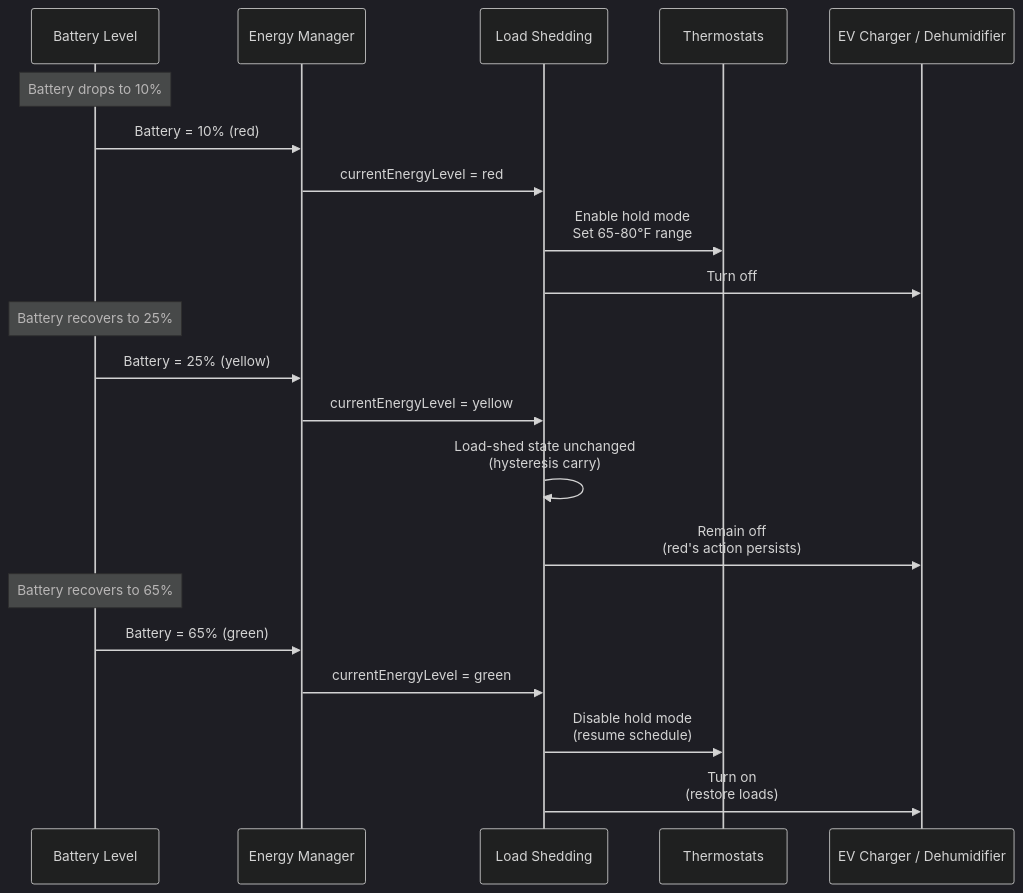
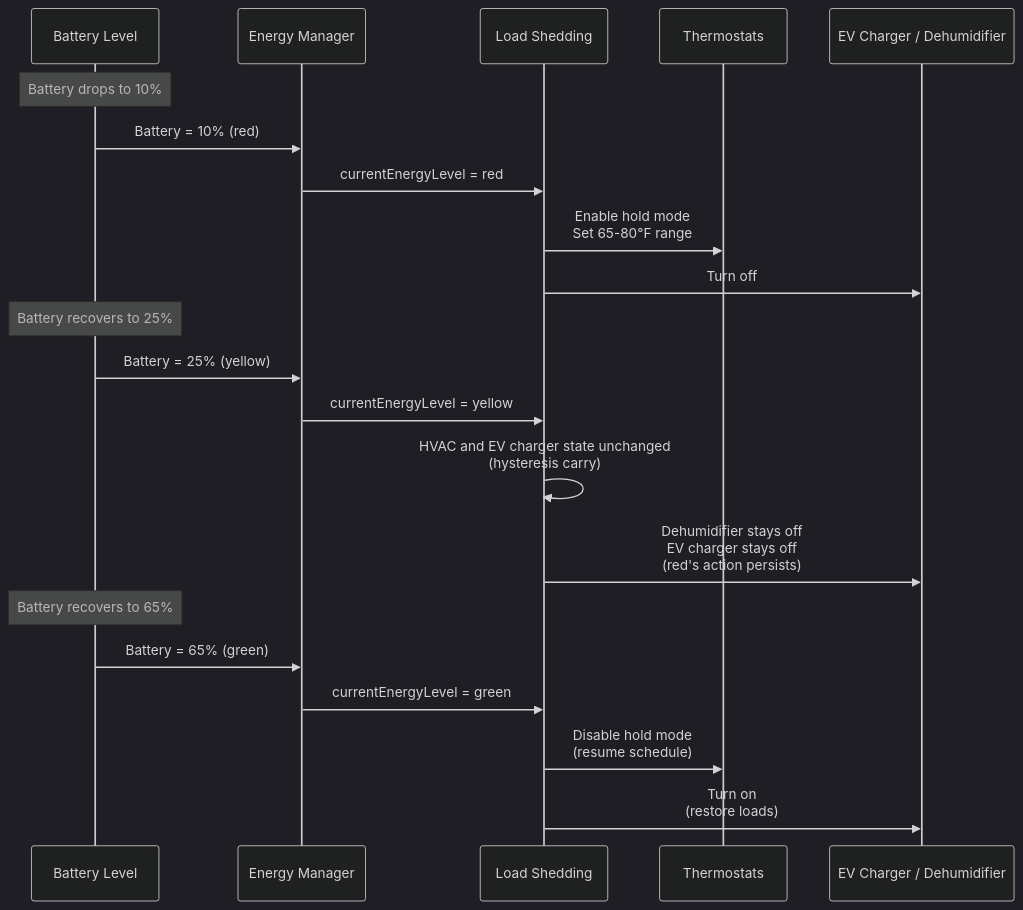
Before and after one commit to NickBorgers/home-automation: the sixth of 7 diagrams in docs/flows/LOAD_SHEDDING.md, drawn with Mermaid (dark theme). The commit also changed other lines of this file and 2 other files, not shown here.

First line of the commit message:
feat(loadshedding): turn off dehumidifier at yellow

````diff
--- a/docs/flows/LOAD_SHEDDING.md
+++ b/docs/flows/LOAD_SHEDDING.md
@@ -276,29 +278,29 @@
 ```mermaid
 sequenceDiagram
     participant Battery as Battery Level
     participant EM as Energy Manager
     participant LS as Load Shedding
     participant HVAC as Thermostats
     participant NonHVAC as EV Charger / Dehumidifier
 
     Note over Battery: Battery drops to 10%
 
     Battery->>EM: Battery = 10% (red)
     EM->>LS: currentEnergyLevel = red
     LS->>HVAC: Enable hold mode<br/>Set 65-80°F range
     LS->>NonHVAC: Turn off
 
     Note over Battery: Battery recovers to 25%
 
     Battery->>EM: Battery = 25% (yellow)
     EM->>LS: currentEnergyLevel = yellow
-    LS->>LS: Load-shed state unchanged<br/>(hysteresis carry)
-    LS->>NonHVAC: Remain off<br/>(red's action persists)
+    LS->>LS: HVAC and EV charger state unchanged<br/>(hysteresis carry)
+    LS->>NonHVAC: Dehumidifier stays off<br/>EV charger stays off<br/>(red's action persists)
 
     Note over Battery: Battery recovers to 65%
 
     Battery->>EM: Battery = 65% (green)
     EM->>LS: currentEnergyLevel = green
     LS->>HVAC: Disable hold mode<br/>(resume schedule)
     LS->>NonHVAC: Turn on<br/>(restore loads)
 ```
````
